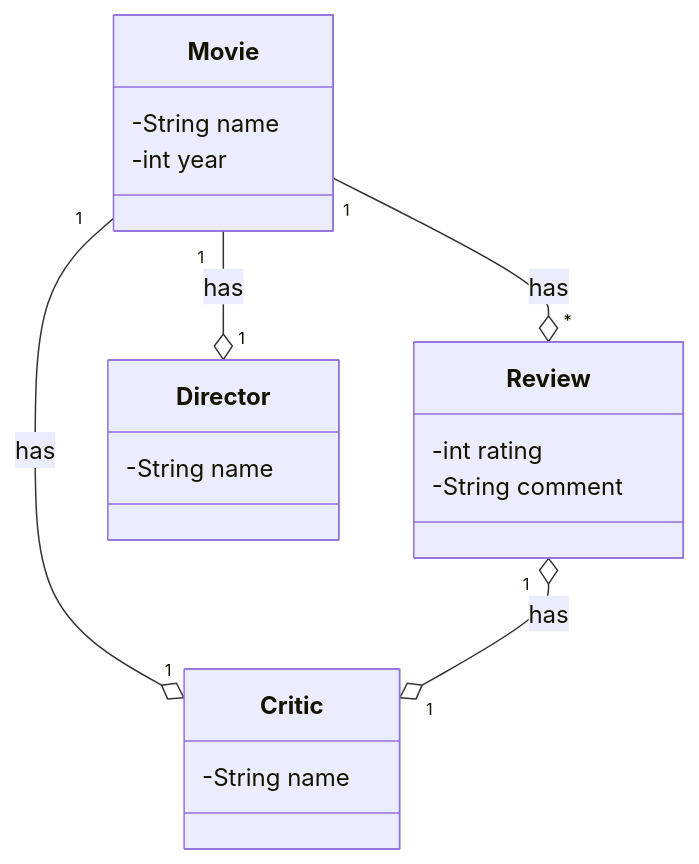
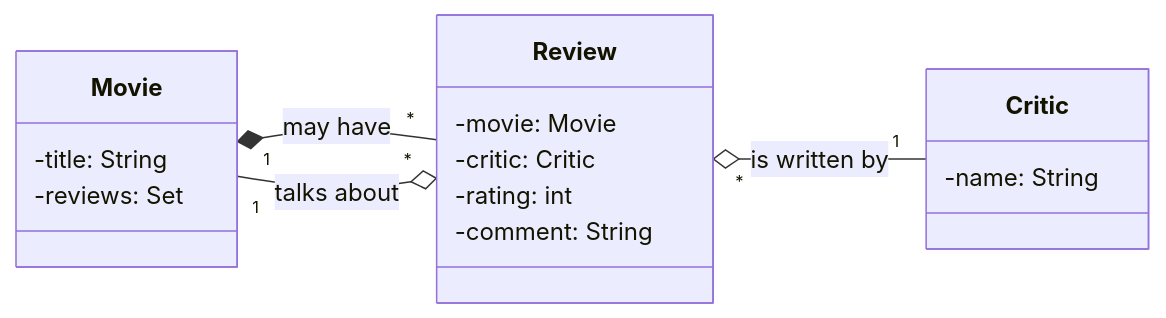
The second of 4 diagrams in docs/quarto-examples/java-exercises/Labs/java-se02-1.qmd (ProtossGP32/CIFO-Web-Applications), drawn with Mermaid before and after one commit. The commit also changed other lines of this file and 2 other files, not shown here.

````diff
--- a/docs/quarto-examples/java-exercises/Labs/java-se02-1.qmd
+++ b/docs/quarto-examples/java-exercises/Labs/java-se02-1.qmd
@@ -113,26 +161,25 @@
 ```{mermaid}
+%%| label: fig-uml
+%%| fig-cap: "UML diagram - Second approach"
 classDiagram
-    Movie "1" --o "*" Review : has
-    Movie "1" --o "1" Critic : has
-    Movie "1" --o "1" Director : has
-    Review "1" o--o "1" Critic : has
+    direction LR
+    Movie "1" *-- "*" Review : may have
+    Review "*" o-- "1" Movie : talks about
+    Review "*" o-- "1" Critic : is written by
 
-    class Movie{
-        -String name
-        -int year
-    }
-    
-    class Critic {
-        -String name
-    }
-
-    class Director {
-        -String name
+    class Movie {
+        -title: String
+        -reviews: Set
     }
 
     class Review {
-        -int rating
-        -String comment
+        -movie: Movie
+        -critic: Critic
+        -rating: int
+        -comment: String
     }
 
+    class Critic {
+        -name: String
+    }
 ```
````
